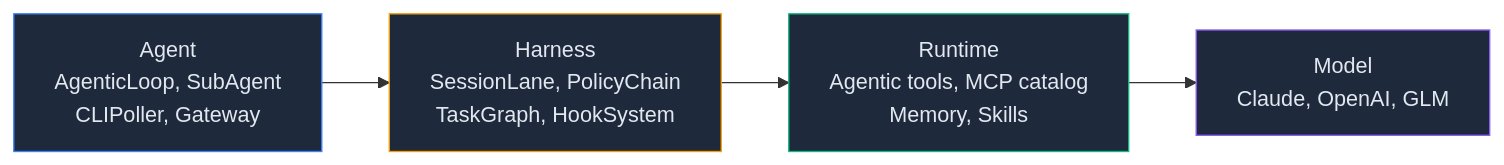
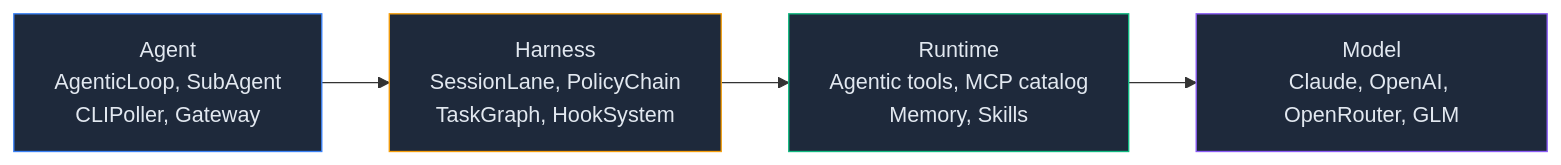
The diagram in README.ko.md (mangowhoiscloud/geode), drawn with Mermaid before and after one commit. The commit also changed other lines of this file and 62 other files, not shown here.

Commit message:
feat(llm): add explicit OpenRouter provider route

````diff
--- a/README.ko.md
+++ b/README.ko.md
@@ -610,11 +615,11 @@
 ```mermaid
 graph LR
     AG["Agent<br/>AgenticLoop, SubAgent<br/>CLIPoller, Gateway"] --> HA["Harness<br/>SessionLane, PolicyChain<br/>TaskGraph, HookSystem"]
     HA --> RT["Runtime<br/>Agentic tools, MCP catalog<br/>Memory, Skills"]
-    RT --> MD["Model<br/>Claude, OpenAI, GLM"]
+    RT --> MD["Model<br/>Claude, OpenAI, OpenRouter, GLM"]
 
     style AG fill:#1e293b,stroke:#3b82f6,color:#e2e8f0
     style HA fill:#1e293b,stroke:#f59e0b,color:#e2e8f0
     style RT fill:#1e293b,stroke:#10b981,color:#e2e8f0
     style MD fill:#1e293b,stroke:#8b5cf6,color:#e2e8f0
 ```
````
